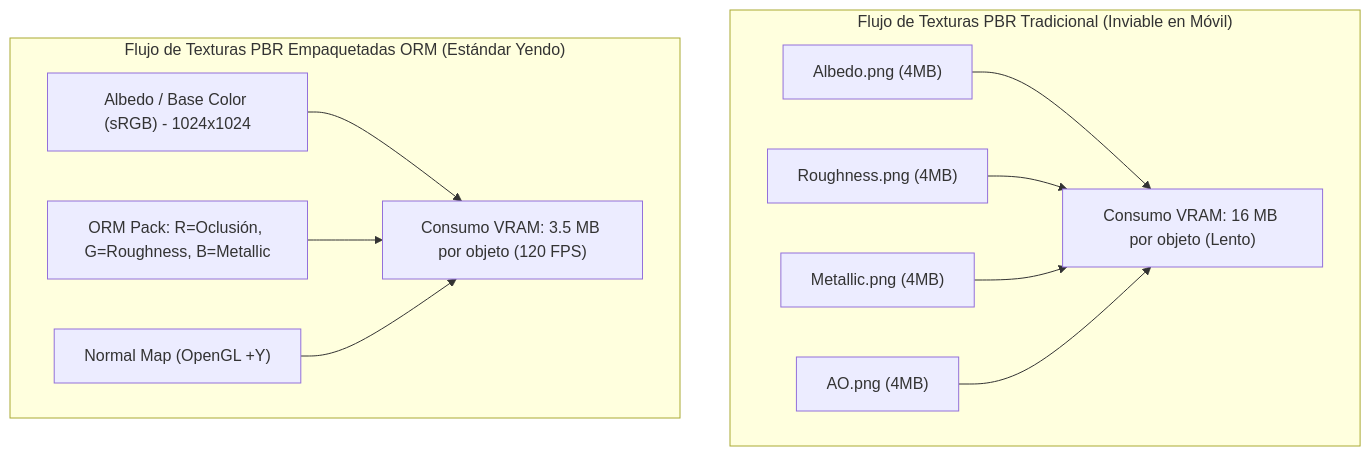
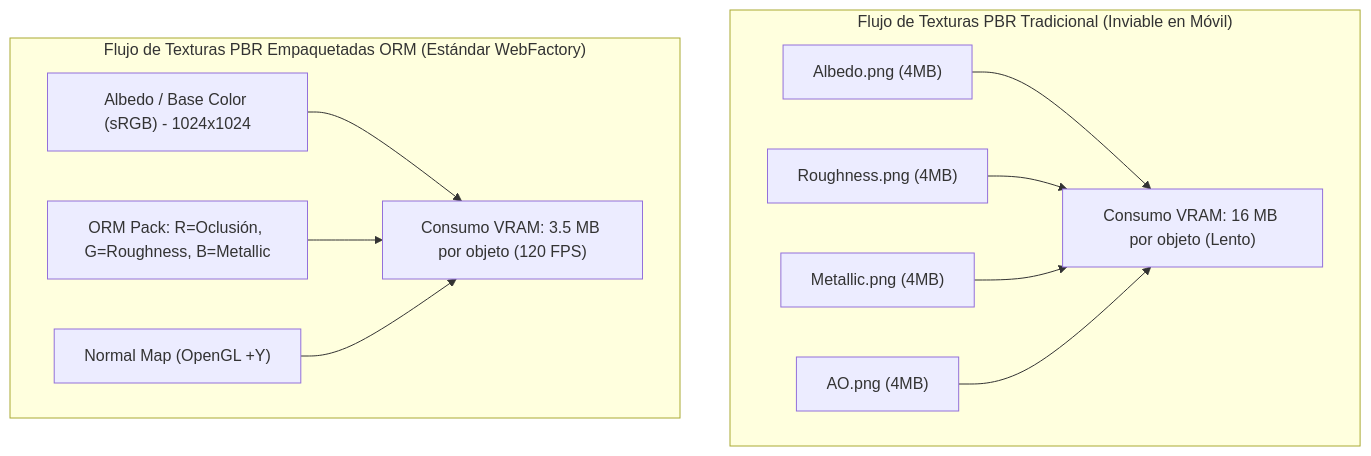
One commit to thunderalbatros/web-software-factory changed the first of 2 diagrams in knowledge/motion_and_animation/CANON_3D_PBR_LIGHTING_AND_CINEMATOGRAPHY.md. Above: the diagram before and after it, drawn with Mermaid. The commit also changed other lines of this file and 366 other files, not shown here.

Commit message:
feat(factory): complete SOTA 2026 Web Software Factory v2.2.0, O(1) Omni-RAG v5.2, W3C DTCG compiler, and 6-ring agentic harness

````diff
--- a/knowledge/motion_and_animation/CANON_3D_PBR_LIGHTING_AND_CINEMATOGRAPHY.md
+++ b/knowledge/motion_and_animation/CANON_3D_PBR_LIGHTING_AND_CINEMATOGRAPHY.md
@@ -29,17 +29,17 @@
 ```mermaid
 graph TD
     subgraph "Flujo de Texturas PBR Tradicional (Inviable en Móvil)"
         T1["Albedo.png (4MB)"]
         T2["Roughness.png (4MB)"]
         T3["Metallic.png (4MB)"]
         T4["AO.png (4MB)"]
         T1 & T2 & T3 & T4 --> VRAM_BAD["Consumo VRAM: 16 MB por objeto (Lento)"]
     end
 
-    subgraph "Flujo de Texturas PBR Empaquetadas ORM (Estándar Yendo)"
+    subgraph "Flujo de Texturas PBR Empaquetadas ORM (Estándar WebFactory)"
         P1["Albedo / Base Color (sRGB) - 1024x1024"]
         P2["ORM Pack: R=Oclusión, G=Roughness, B=Metallic"]
         P3["Normal Map (OpenGL +Y)"]
         P1 & P2 & P3 --> VRAM_GOOD["Consumo VRAM: 3.5 MB por objeto (120 FPS)"]
     end
 ```
````
